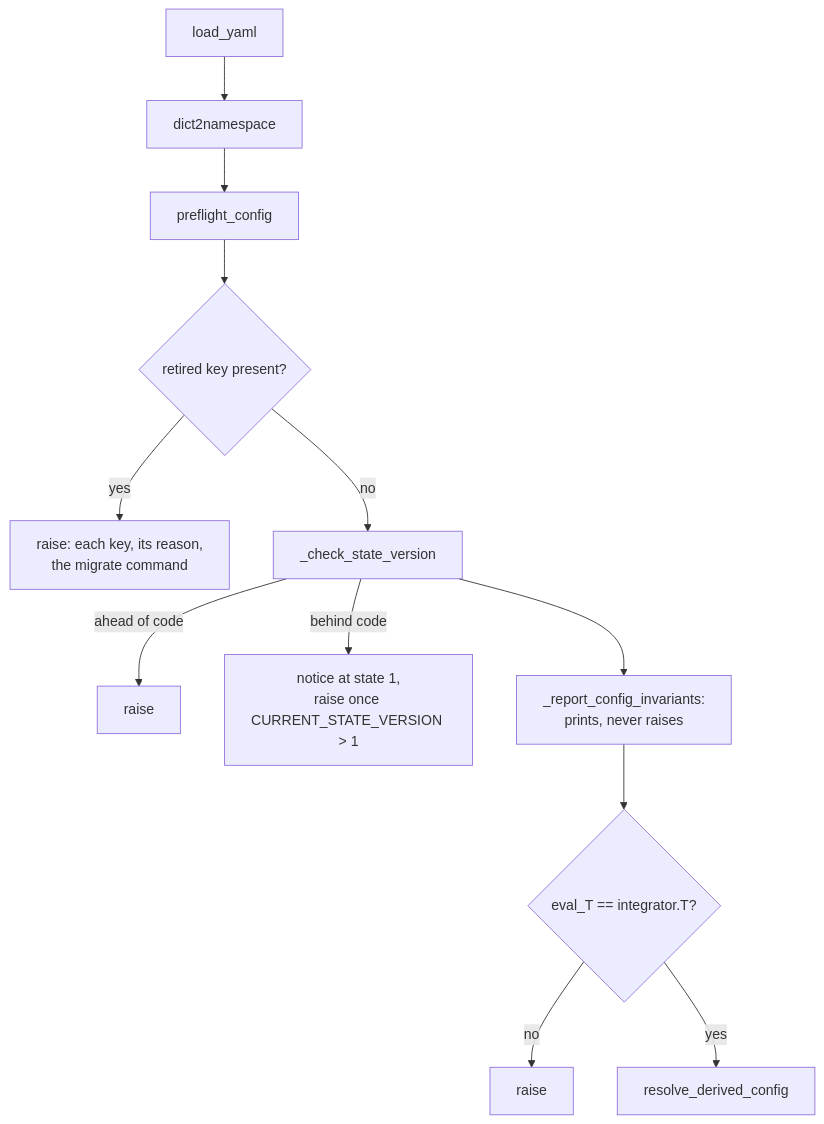
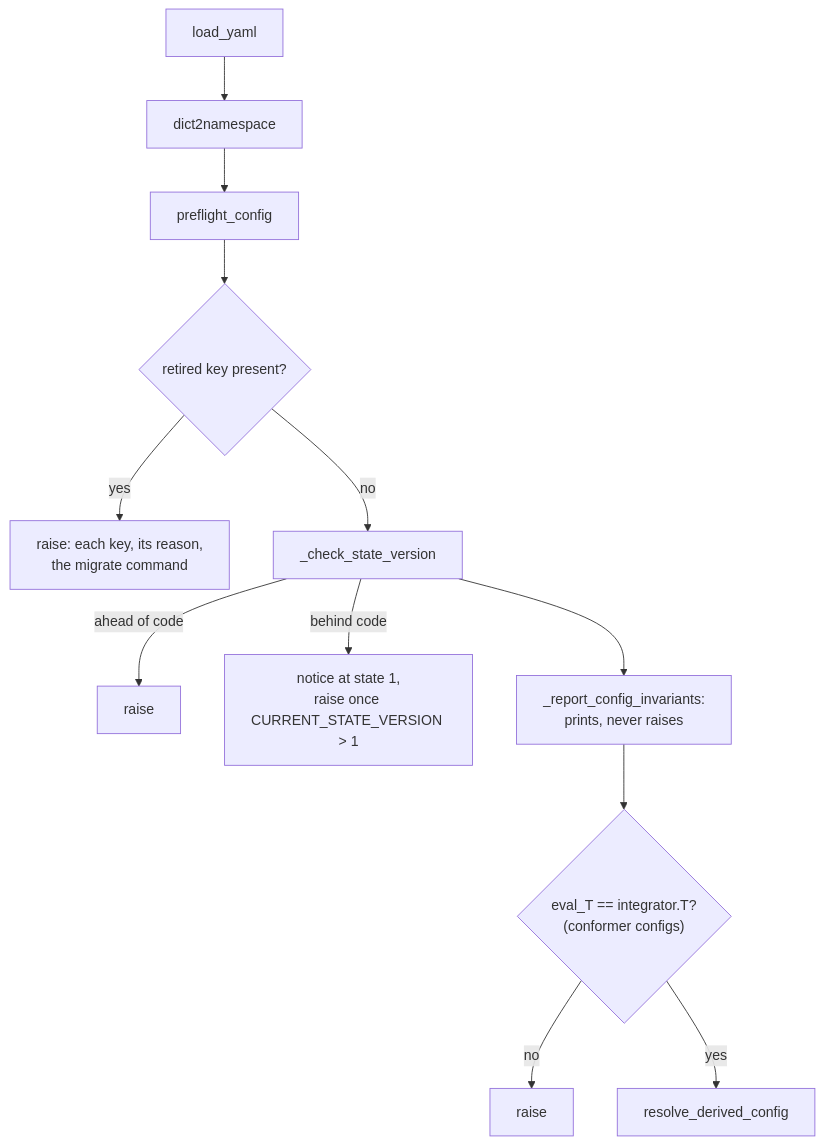
The diagram in energy_sampling/docs/wiki/config-validation.md (alexidine/gfn-diffusion), drawn with Mermaid before and after one commit. The commit also changed other lines of this file and 113 other files, not shown here.

````diff
--- a/energy_sampling/docs/wiki/config-validation.md
+++ b/energy_sampling/docs/wiki/config-validation.md
@@ -13,13 +13,13 @@
 ```mermaid
 flowchart TD
   Y["load_yaml"] --> N["dict2namespace"] --> P["preflight_config"]
   P --> R1{"retired key present?"}
   R1 -- yes --> X1["raise: each key, its reason,<br/>the migrate command"]
   R1 -- no --> SV["_check_state_version"]
   SV -- "ahead of code" --> X2["raise"]
   SV -- "behind code" --> X3["notice at state 1,<br/>raise once CURRENT_STATE_VERSION > 1"]
   SV --> INV["_report_config_invariants:<br/>prints, never raises"]
-  INV --> ET{"eval_T == integrator.T?"}
+  INV --> ET{"eval_T == integrator.T?<br/>(conformer configs)"}
   ET -- no --> X4["raise"]
   ET -- yes --> D["resolve_derived_config"]
 ```
````
